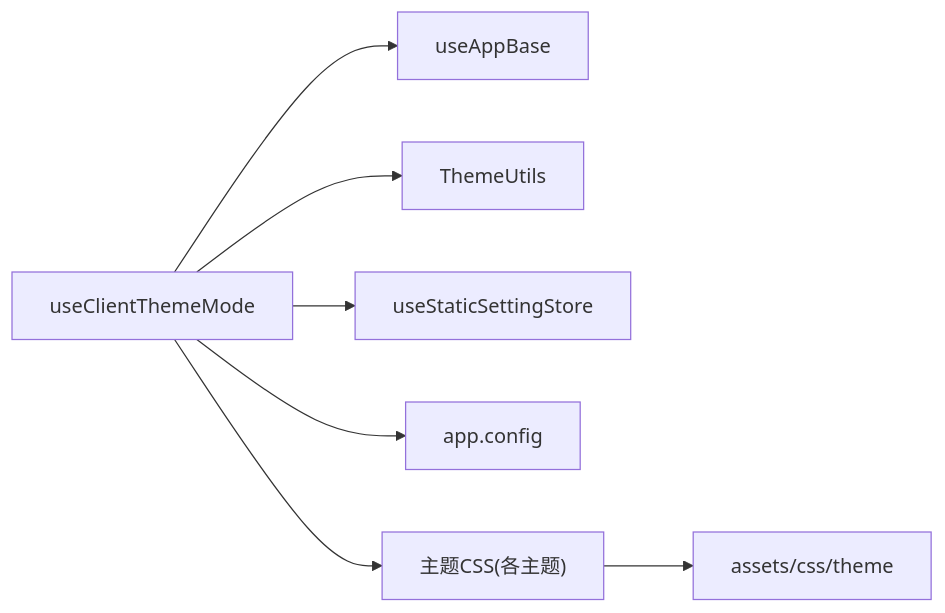
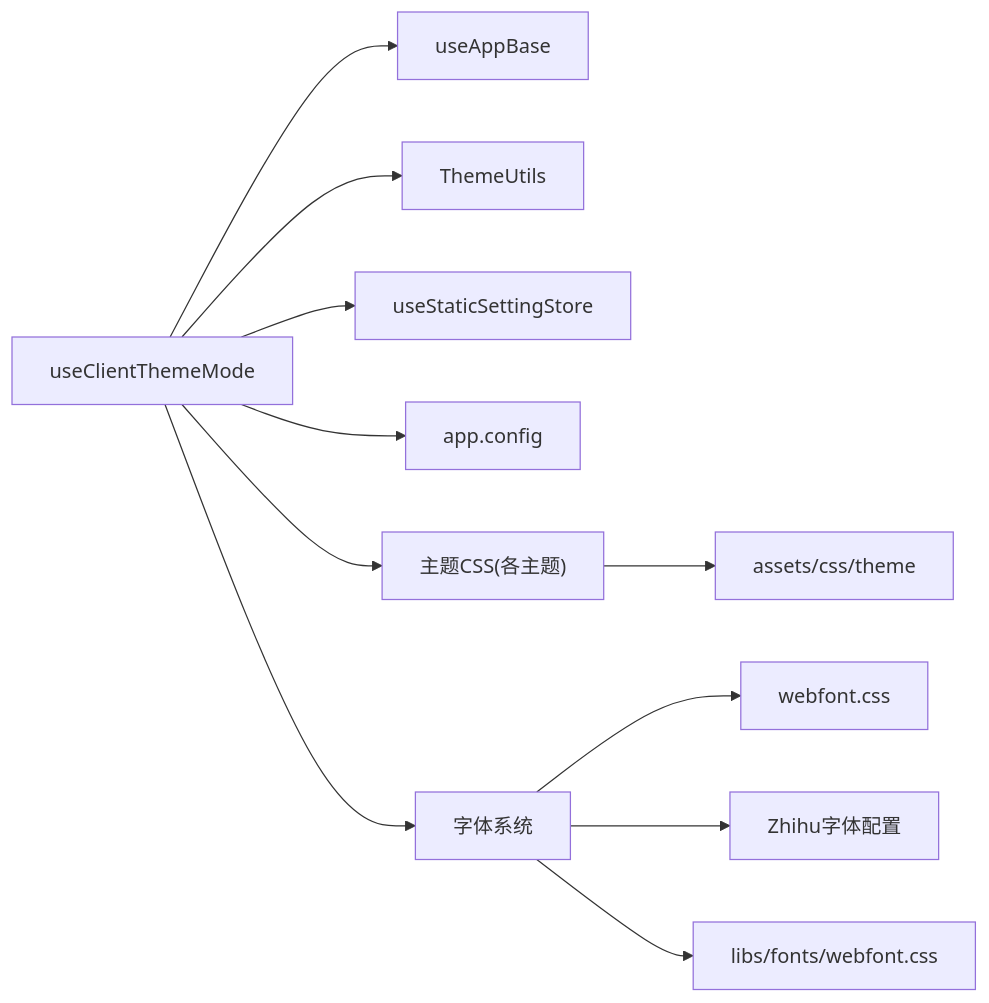
One commit to terwer/siyuan-plugin-blog changed the fourth of 4 diagrams in .qoder/repowiki/zh/content/核心功能/主题系统/主题系统.md. Above: the diagram before and after it, drawn with Mermaid. The commit also changed other lines of this file and 8 other files, not shown here.

````diff
--- a/.qoder/repowiki/zh/content/核心功能/主题系统/主题系统.md
+++ b/.qoder/repowiki/zh/content/核心功能/主题系统/主题系统.md
@@ -288,9 +325,13 @@
 ```mermaid
 graph LR
 CTM["useClientThemeMode"] --> AB["useAppBase"]
 CTM --> TU["ThemeUtils"]
 CTM --> USS["useStaticSettingStore"]
 CTM --> AC["app.config"]
 CTM --> THEME["主题CSS(各主题)"]
+CTM --> FONT["字体系统"]
 THEME --> STY["assets/css/theme"]
+FONT --> WEBFONT["webfont.css"]
+FONT --> ZHIHU_FONT["Zhihu字体配置"]
+FONT --> LIBS_FONT["libs/fonts/webfont.css"]
 ```
````
